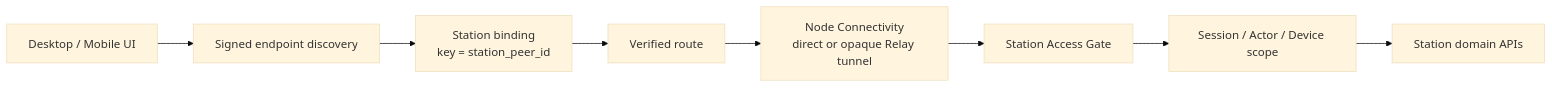
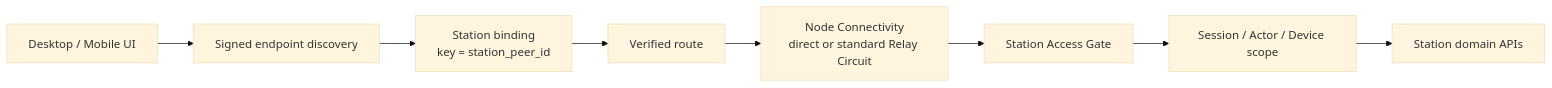
Before and after one commit to peers-labs/peers-touch: the diagram in docs/architecture/platform/station/access/design.md, drawn with Mermaid (base theme). The commit also changed other lines of this file and 262 other files, not shown here.

First line of the commit message:
refactor: replace custom relay tunnel with standard libp2p

````diff
--- a/docs/architecture/platform/station/access/design.md
+++ b/docs/architecture/platform/station/access/design.md
@@ -27,19 +27,19 @@
 ```mermaid
 flowchart LR
     UI["Desktop / Mobile UI"]
     DISC["Signed endpoint discovery"]
     BIND["Station binding\nkey = station_peer_id"]
     ROUTE["Verified route"]
     GATE["Station Access Gate"]
     SCOPE["Session / Actor / Device scope"]
     DOMAIN["Station domain APIs"]
-    NODE["Node Connectivity\ndirect or opaque Relay tunnel"]
+    NODE["Node Connectivity\ndirect or standard Relay Circuit"]
 
     UI --> DISC
     DISC --> BIND
     BIND --> ROUTE
     ROUTE --> NODE
     NODE --> GATE
     GATE --> SCOPE
     SCOPE --> DOMAIN
 ```
````
